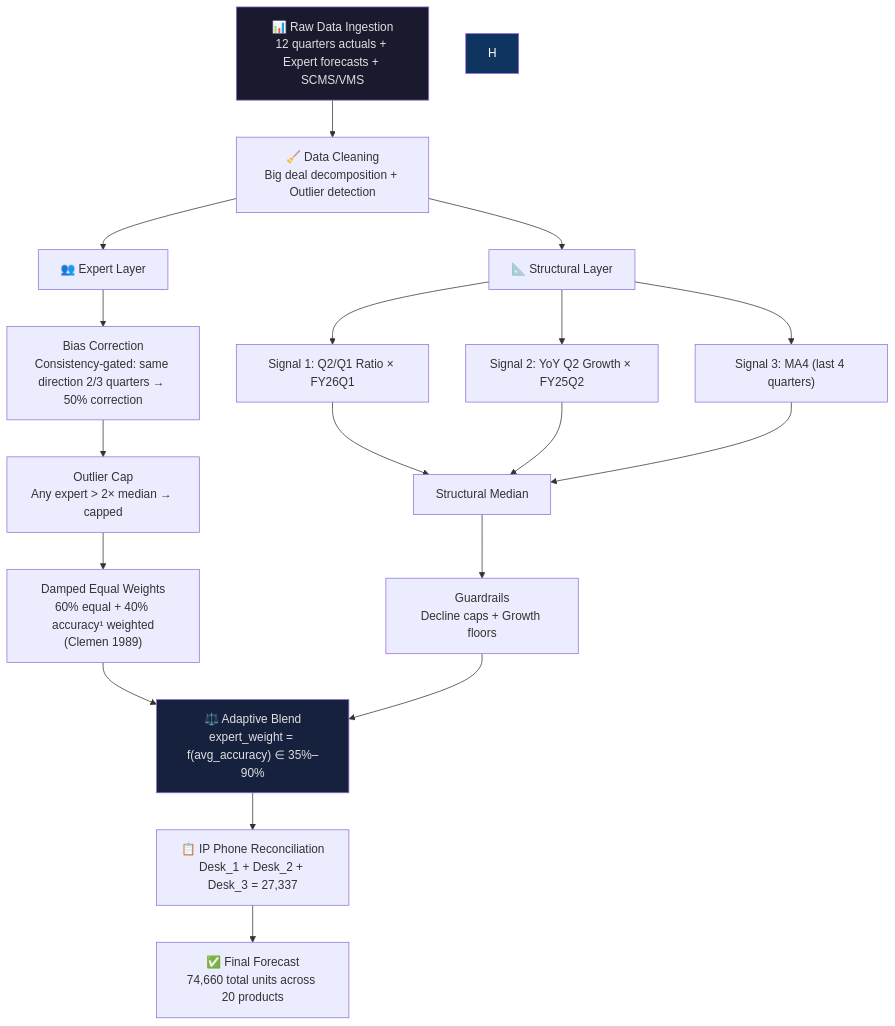
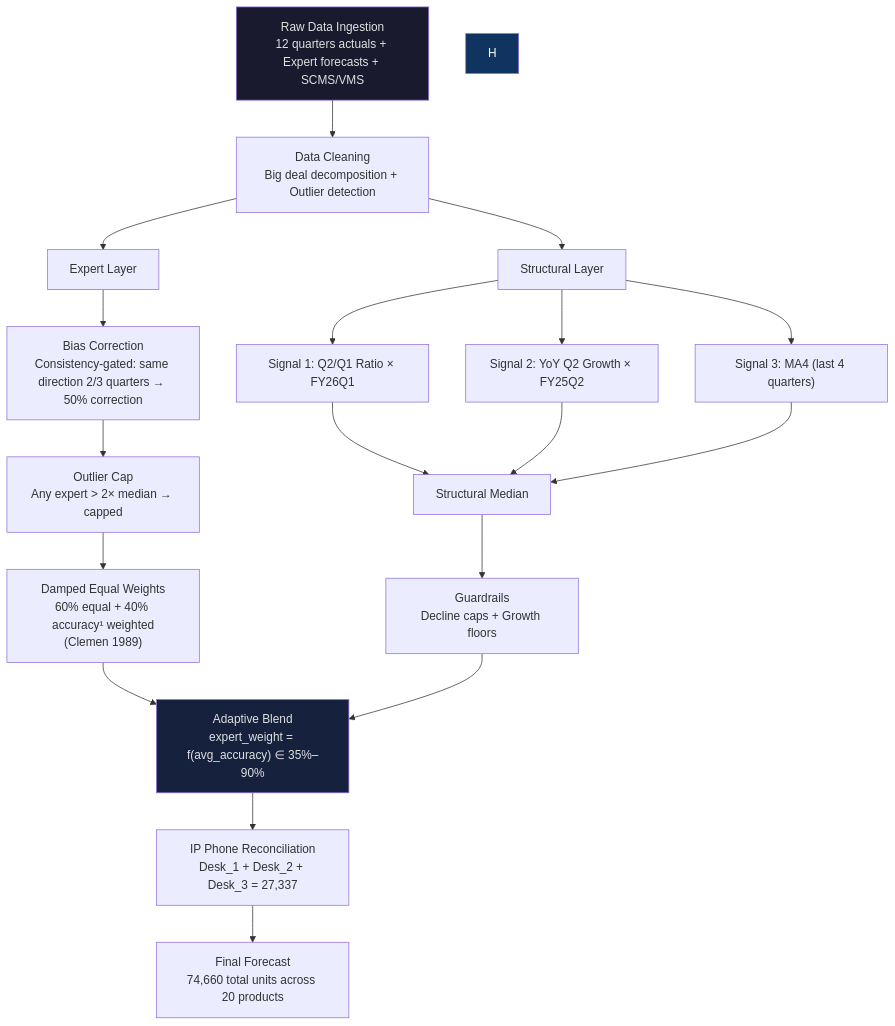
Before and after one commit to Aruisop/CCL-Warriors: the first of 3 diagrams in README.md, drawn with Mermaid. The commit also changed other lines of this file, not shown here.

````diff
--- a/README.md
+++ b/README.md
@@ -81,29 +97,29 @@
 ```mermaid
 flowchart TD
-    A["📊 Raw Data Ingestion\n12 quarters actuals + Expert forecasts + SCMS/VMS"] --> B["🧹 Data Cleaning\nBig deal decomposition + Outlier detection"]
+    A["Raw Data Ingestion\n12 quarters actuals + Expert forecasts + SCMS/VMS"] --> B["Data Cleaning\nBig deal decomposition + Outlier detection"]
 
-    B --> C["👥 Expert Layer"]
-    B --> D["📐 Structural Layer"]
+    B --> C["Expert Layer"]
+    B --> D["Structural Layer"]
 
     C --> C1["Bias Correction\nConsistency-gated: same direction 2/3 quarters → 50% correction"]
     C1 --> C2["Outlier Cap\nAny expert > 2× median → capped"]
     C2 --> C3["Damped Equal Weights\n60% equal + 40% accuracy¹ weighted\n(Clemen 1989)"]
 
     D --> D1["Signal 1: Q2/Q1 Ratio × FY26Q1"]
     D --> D2["Signal 2: YoY Q2 Growth × FY25Q2"]
     D --> D3["Signal 3: MA4 (last 4 quarters)"]
     D1 --> D4["Structural Median"]
     D2 --> D4
     D3 --> D4
     D4 --> D5["Guardrails\nDecline caps + Growth floors"]
 
-    C3 --> E["⚖️ Adaptive Blend\nexpert_weight = f(avg_accuracy) ∈ 35%–90%"]
+    C3 --> E["Adaptive Blend\nexpert_weight = f(avg_accuracy) ∈ 35%–90%"]
     D5 --> E
 
-    E --> F["📋 IP Phone Reconciliation\nDesk_1 + Desk_2 + Desk_3 = 27,337"]
-    F --> G["✅ Final Forecast\n74,660 total units across 20 products"]
+    E --> F["IP Phone Reconciliation\nDesk_1 + Desk_2 + Desk_3 = 27,337"]
+    F --> G["Final Forecast\n74,660 total units across 20 products"]
 
     style A fill:#1a1a2e,color:#e0e0e0
     style E fill:#16213e,color:#e0e0e0
     style H fill:#0f3460,color:#ffffff
 ```
````
